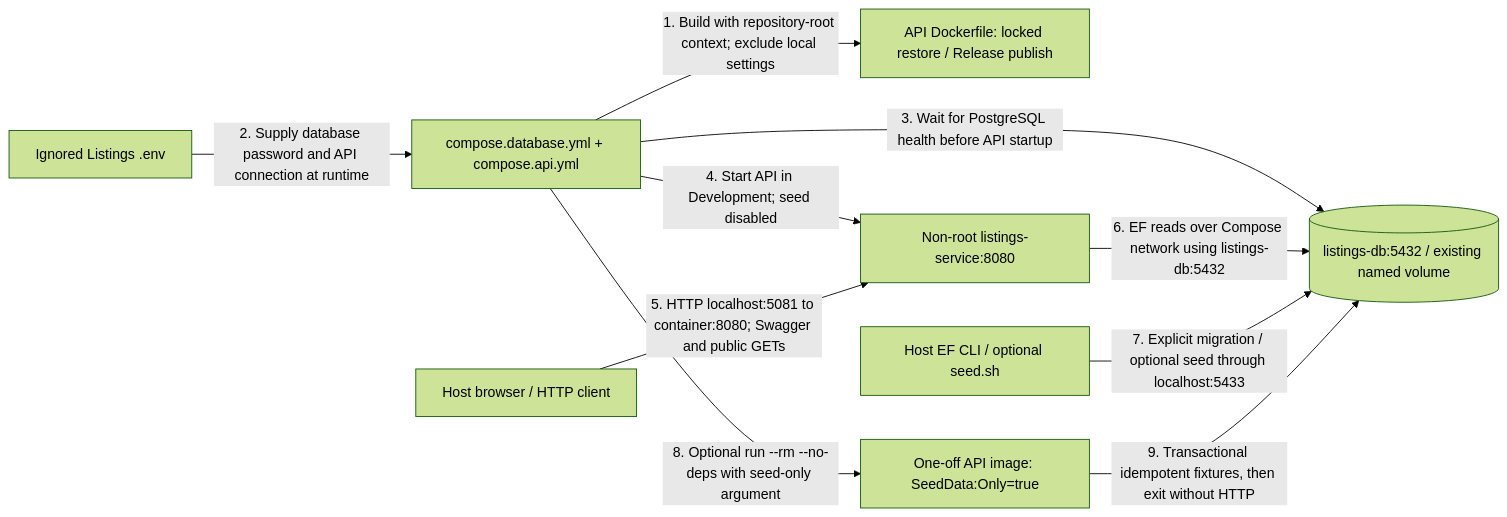
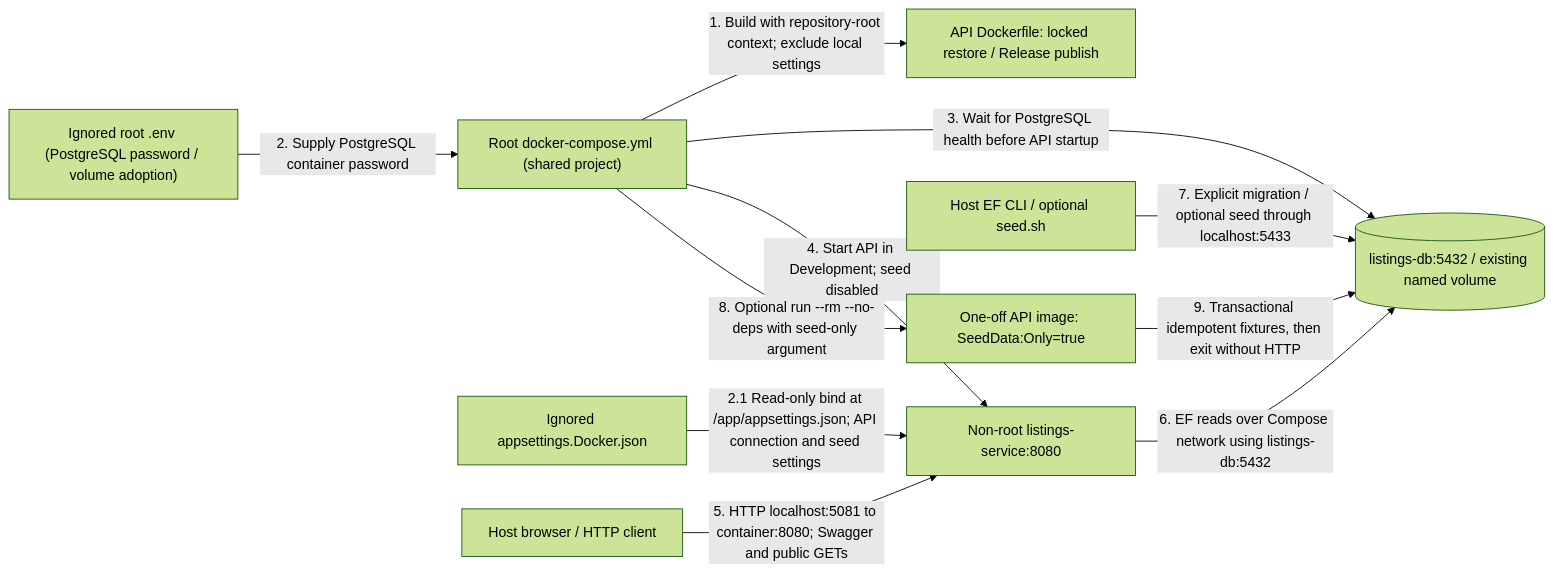
Before and after one commit to bogdan-spilevoi/ASET-master-year-1: the first of 8 diagrams in src/Services/Listings/COMMUNICATION.md, drawn with Mermaid (forest theme). The commit also changed other lines of this file and 36 other files, not shown here.

````diff
--- a/src/Services/Listings/COMMUNICATION.md
+++ b/src/Services/Listings/COMMUNICATION.md
@@ -10,20 +10,22 @@
 ```mermaid
 flowchart LR
-    Compose["compose.database.yml + compose.api.yml"]
+    Compose["Root docker-compose.yml (shared project)"]
     Build["API Dockerfile: locked restore / Release publish"]
-    Settings["Ignored Listings .env"]
+    Settings["Ignored root .env (PostgreSQL password / volume adoption)"]
+    ApiSettings["Ignored appsettings.Docker.json"]
     API["Non-root listings-service:8080"]
     DB[("listings-db:5432 / existing named volume")]
     Client["Host browser / HTTP client"]
     Tools["Host EF CLI / optional seed.sh"]
     Seed["One-off API image: SeedData:Only=true"]
     Compose -->|"1. Build with repository-root context; exclude local settings"| Build
-    Settings -->|"2. Supply database password and API connection at runtime"| Compose
+    Settings -->|"2. Supply PostgreSQL container password"| Compose
+    ApiSettings -->|"2.1 Read-only bind at /app/appsettings.json; API connection and seed settings"| API
     Compose -->|"3. Wait for PostgreSQL health before API startup"| DB
     Compose -->|"4. Start API in Development; seed disabled"| API
     Client -->|"5. HTTP localhost:5081 to container:8080; Swagger and public GETs"| API
     API -->|"6. EF reads over Compose network using listings-db:5432"| DB
     Tools -->|"7. Explicit migration / optional seed through localhost:5433"| DB
     Compose -->|"8. Optional run --rm --no-deps with seed-only argument"| Seed
     Seed -->|"9. Transactional idempotent fixtures, then exit without HTTP"| DB
 ```
````
